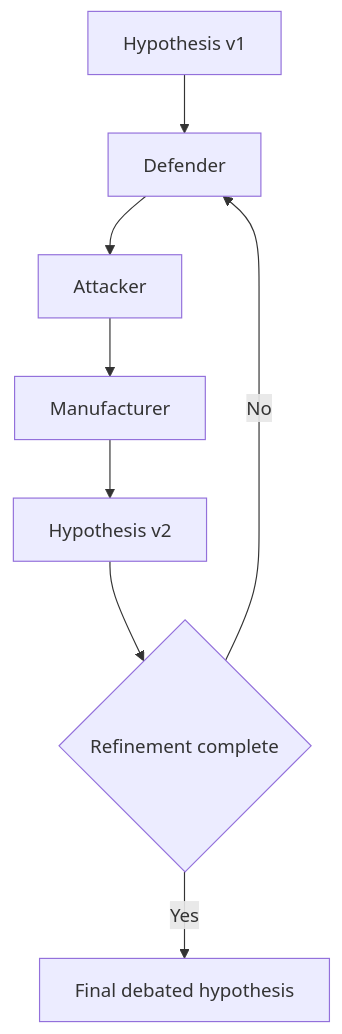
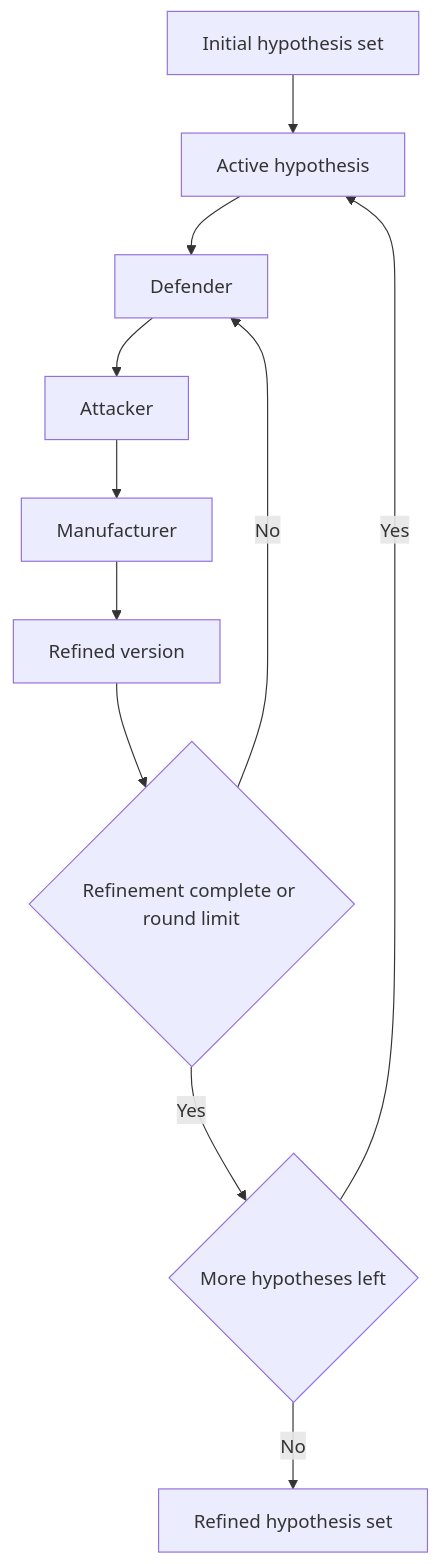
The diagram in docs/product/04-Agents-and-Judge.md (KroJIak/hypothesis-court), drawn with Mermaid before and after one commit. The commit also changed other lines of this file and 29 other files, not shown here.

````diff
--- a/docs/product/04-Agents-and-Judge.md
+++ b/docs/product/04-Agents-and-Judge.md
@@ -60,10 +60,13 @@
 ```mermaid
 flowchart TD
-    A[Hypothesis v1] --> B[Defender]
-    B --> C[Attacker]
-    C --> D[Manufacturer]
-    D --> E[Hypothesis v2]
-    E --> F{Refinement complete}
-    F -- No --> B
-    F -- Yes --> G[Final debated hypothesis]
+    A[Initial hypothesis set] --> B[Active hypothesis]
+    B --> C[Defender]
+    C --> D[Attacker]
+    D --> E[Manufacturer]
+    E --> F[Refined version]
+    F --> G{Refinement complete or round limit}
+    G -- No --> C
+    G -- Yes --> H{More hypotheses left}
+    H -- Yes --> B
+    H -- No --> I[Refined hypothesis set]
 ```
````
